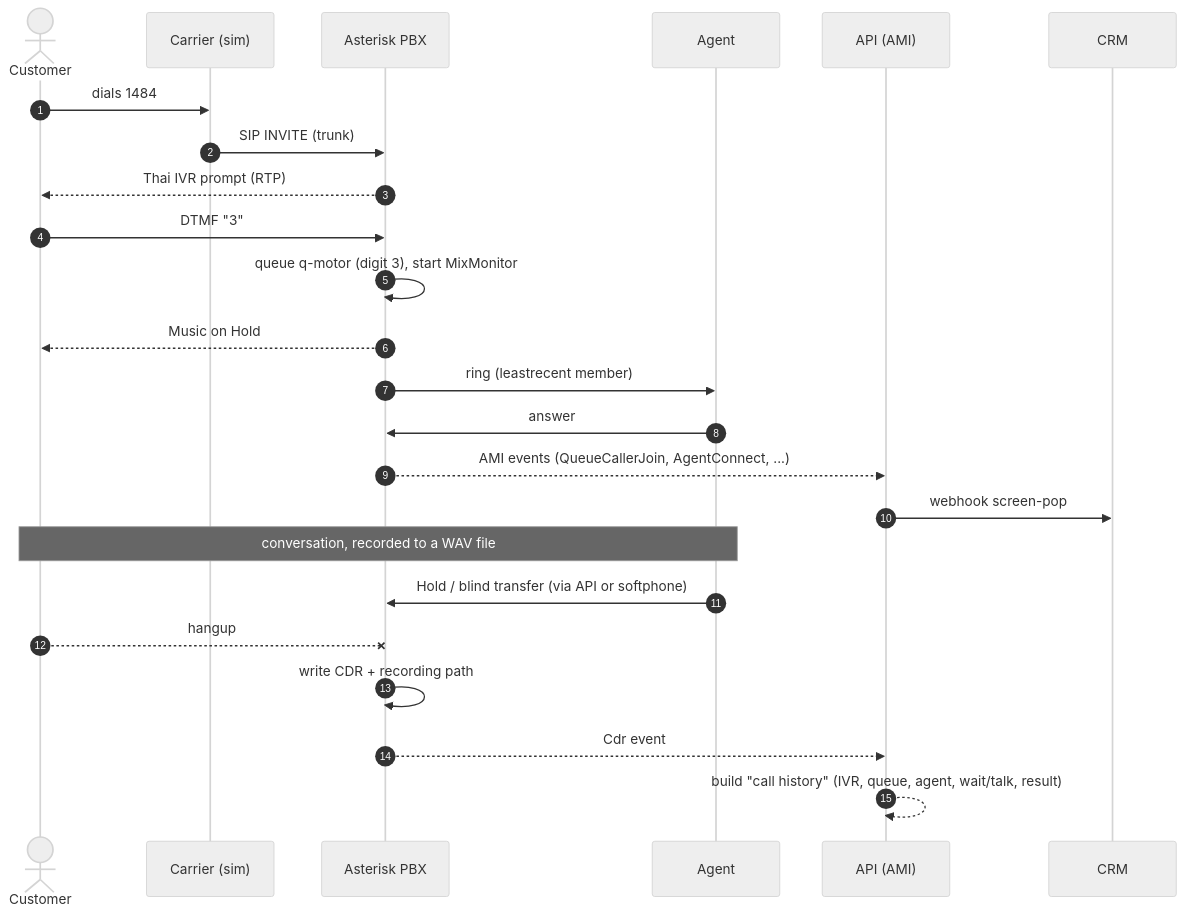
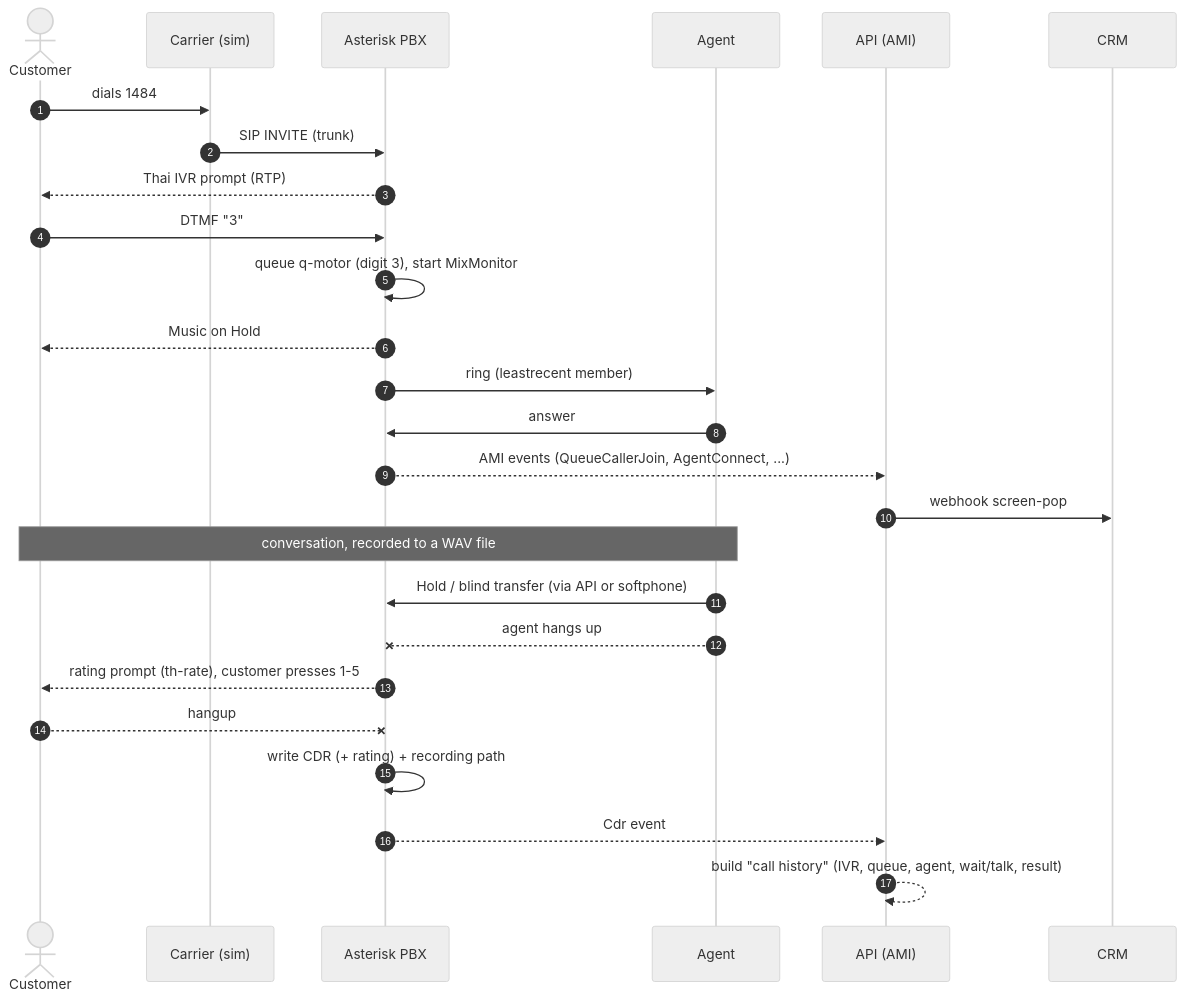
The third of 11 diagrams in docs/ARCHITECTURE.md (McDonan/asterisk-poc), drawn with Mermaid (neutral theme) before and after one commit. The commit also changed other lines of this file and 2 other files, not shown here.

Commit message:
feat: Update architecture documentation to include fallback options and agent rating details

````diff
--- a/docs/ARCHITECTURE.md
+++ b/docs/ARCHITECTURE.md
@@ -85,26 +97,28 @@
 ```mermaid
 sequenceDiagram
     autonumber
     actor Cu as Customer
     participant Ca as Carrier (sim)
     participant P as Asterisk PBX
     participant Ag as Agent
     participant A as API (AMI)
     participant C as CRM
     Cu->>Ca: dials 1484
     Ca->>P: SIP INVITE (trunk)
     P-->>Cu: Thai IVR prompt (RTP)
     Cu->>P: DTMF "3"
     P->>P: queue q-motor (digit 3), start MixMonitor
     P-->>Cu: Music on Hold
     P->>Ag: ring (leastrecent member)
     Ag->>P: answer
     P-->>A: AMI events (QueueCallerJoin, AgentConnect, ...)
     A->>C: webhook screen-pop
     Note over Cu,Ag: conversation, recorded to a WAV file
     Ag->>P: Hold / blind transfer (via API or softphone)
+    Ag--xP: agent hangs up
+    P-->>Cu: rating prompt (th-rate), customer presses 1-5
     Cu--xP: hangup
-    P->>P: write CDR + recording path
+    P->>P: write CDR (+ rating) + recording path
     P-->>A: Cdr event
     A-->>A: build "call history" (IVR, queue, agent, wait/talk, result)
 ```
````
